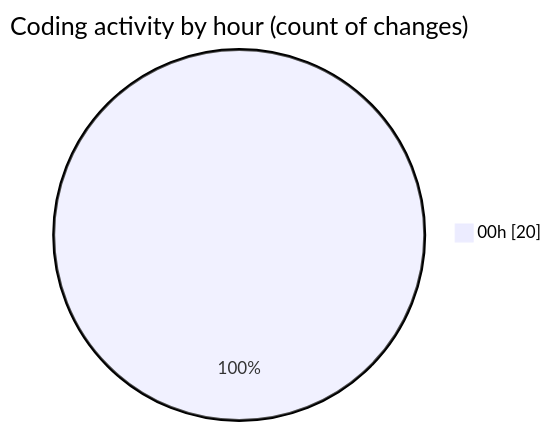
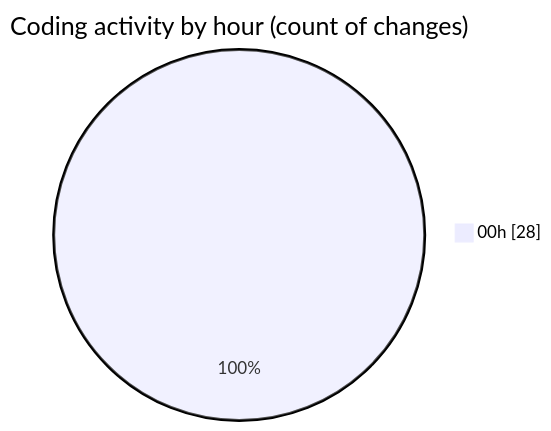
One commit to hasnaa123/code-tracking changed the second of 2 diagrams in 2026-02-21/student_performance_system/README.md. Above: the diagram before and after it, drawn with Mermaid. The commit also changed other lines of this file and 1 other file, not shown here.

````diff
--- a/2026-02-21/student_performance_system/README.md
+++ b/2026-02-21/student_performance_system/README.md
@@ -28,5 +28,5 @@
 ```mermaid
 pie showData
 title Coding activity by hour (count of changes)
-"00h" : 20
+"00h" : 28
 ```
````
